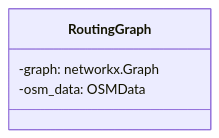
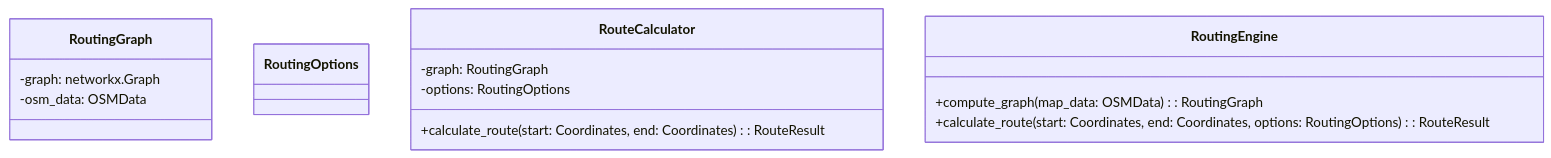
One commit to RandomSearch18/a-level-project changed the fifth of 5 diagrams in docs/readme.md. Above: the diagram before and after it, drawn with Mermaid. The commit also changed other lines of this file, not shown here.

Commit message:
Class diagrams: Start trying to work out how route calculation will work

````diff
--- a/docs/readme.md
+++ b/docs/readme.md
@@ -1180,7 +1193,21 @@
 ```mermaid
 classDiagram
 class RoutingGraph {
   -graph: networkx.Graph
   -osm_data: OSMData
 }
+
+class RoutingOptions
+%% TODO RoutingOptions
+
+class RouteCalculator {
+  -graph: RoutingGraph
+  -options: RoutingOptions
+  +calculate_route(start: Coordinates, end: Coordinates): RouteResult
+}
+
+class RoutingEngine {
+  +compute_graph(map_data: OSMData): RoutingGraph
+  +calculate_route(start: Coordinates, end: Coordinates, options: RoutingOptions): RouteResult
+}
 ```
````
